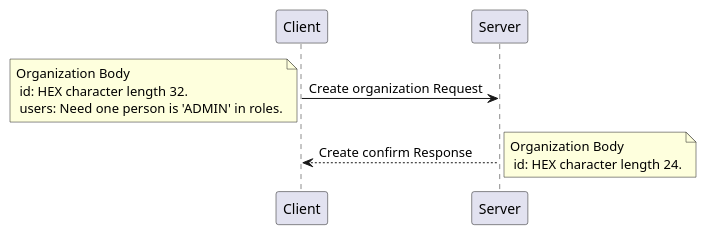
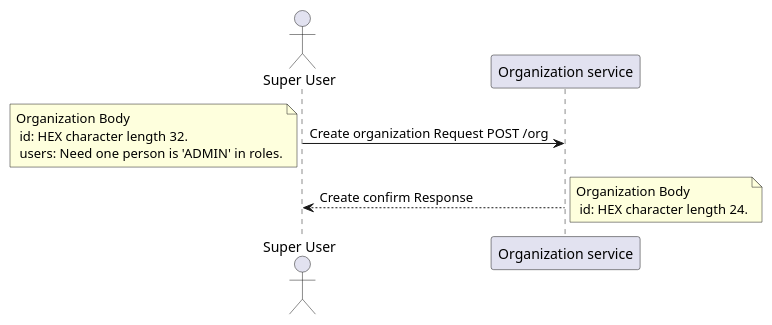
One commit to ffc-nectec/api-doc changed the diagram in uml/create_organization.plantuml. Above: the diagram before and after it, drawn with PlantUML. The commit also changed 4 other files, not shown here.

```diff
--- a/uml/create_organization.plantuml
+++ b/uml/create_organization.plantuml
@@ -1,8 +1,9 @@
 @startuml
-Client -> Server: Create organization Request
+actor "Super User" as User
+User -> "Organization service": Create organization Request POST /org
 note left: Organization Body\n id: HEX character length 32.\n users: Need one person is 'ADMIN' in roles.
 
-Server --> Client: Create confirm Response
+"Organization service" --> User: Create confirm Response
 note right: Organization Body\n id: HEX character length 24.
 
 @enduml
```
